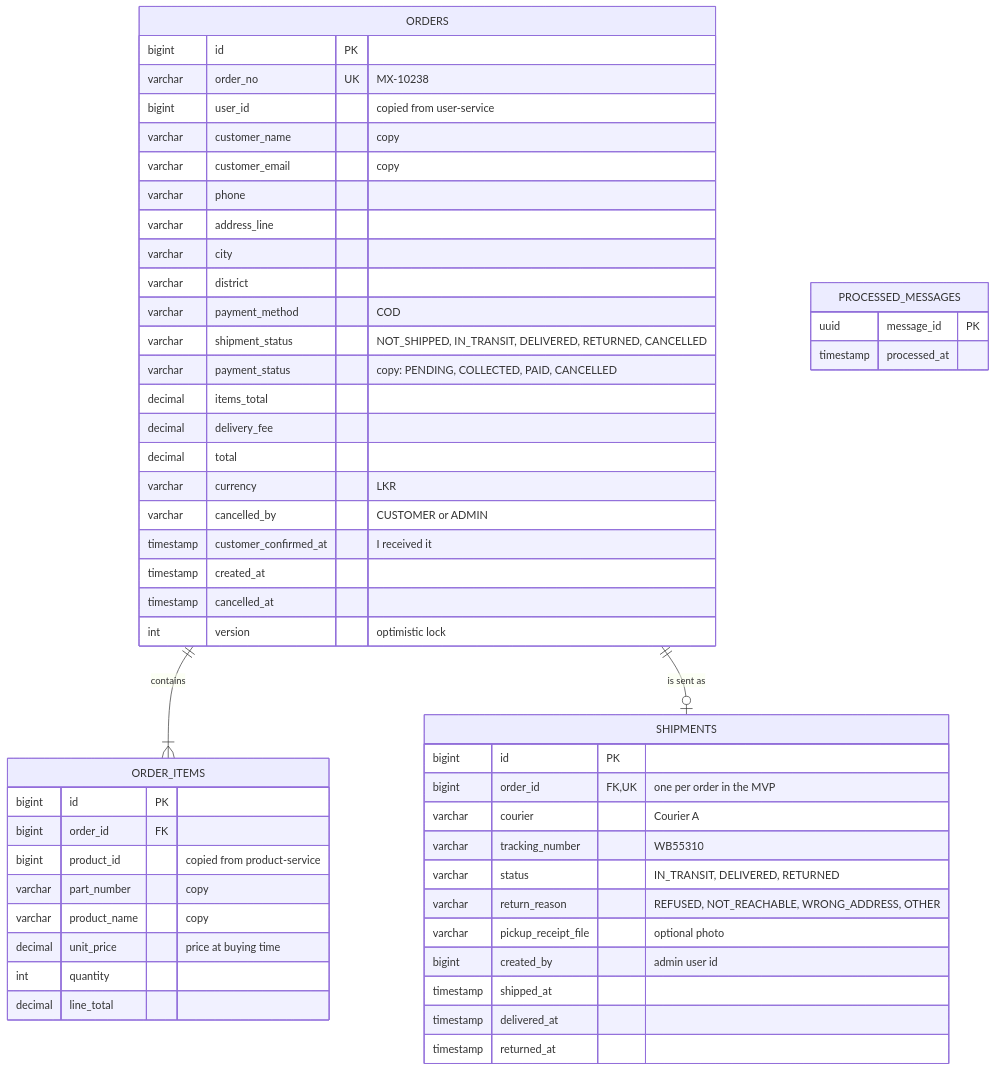
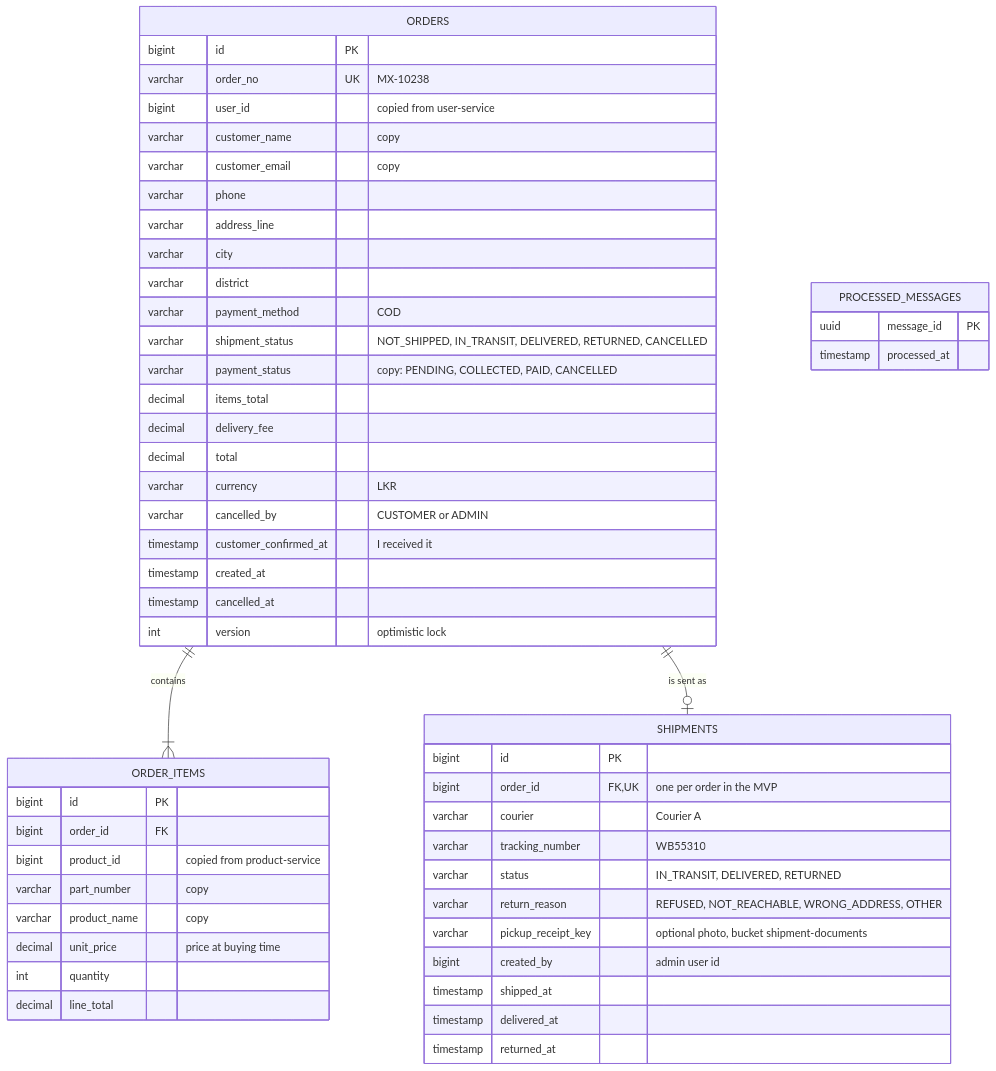
Before and after one commit to MotoXpress-wicky/infrastructure: the third of 5 diagrams in docs/mvp/08-data-model.md, drawn with Mermaid. The commit also changed other lines of this file and 17 other files, not shown here.

````diff
--- a/docs/mvp/08-data-model.md
+++ b/docs/mvp/08-data-model.md
@@ -141,56 +141,56 @@
 ```mermaid
 erDiagram
     ORDERS ||--|{ ORDER_ITEMS : "contains"
     ORDERS ||--o| SHIPMENTS : "is sent as"
 
     ORDERS {
         bigint id PK
         varchar order_no UK "MX-10238"
         bigint user_id "copied from user-service"
         varchar customer_name "copy"
         varchar customer_email "copy"
         varchar phone
         varchar address_line
         varchar city
         varchar district
         varchar payment_method "COD"
         varchar shipment_status "NOT_SHIPPED, IN_TRANSIT, DELIVERED, RETURNED, CANCELLED"
         varchar payment_status "copy: PENDING, COLLECTED, PAID, CANCELLED"
         decimal items_total
         decimal delivery_fee
         decimal total
         varchar currency "LKR"
         varchar cancelled_by "CUSTOMER or ADMIN"
         timestamp customer_confirmed_at "I received it"
         timestamp created_at
         timestamp cancelled_at
         int version "optimistic lock"
     }
     ORDER_ITEMS {
         bigint id PK
         bigint order_id FK
         bigint product_id "copied from product-service"
         varchar part_number "copy"
         varchar product_name "copy"
         decimal unit_price "price at buying time"
         int quantity
         decimal line_total
     }
     SHIPMENTS {
         bigint id PK
         bigint order_id FK, UK "one per order in the MVP"
         varchar courier "Courier A"
         varchar tracking_number "WB55310"
         varchar status "IN_TRANSIT, DELIVERED, RETURNED"
         varchar return_reason "REFUSED, NOT_REACHABLE, WRONG_ADDRESS, OTHER"
-        varchar pickup_receipt_file "optional photo"
+        varchar pickup_receipt_key "optional photo, bucket shipment-documents"
         bigint created_by "admin user id"
         timestamp shipped_at
         timestamp delivered_at
         timestamp returned_at
     }
     PROCESSED_MESSAGES {
         uuid message_id PK
         timestamp processed_at
     }
 ```
````
